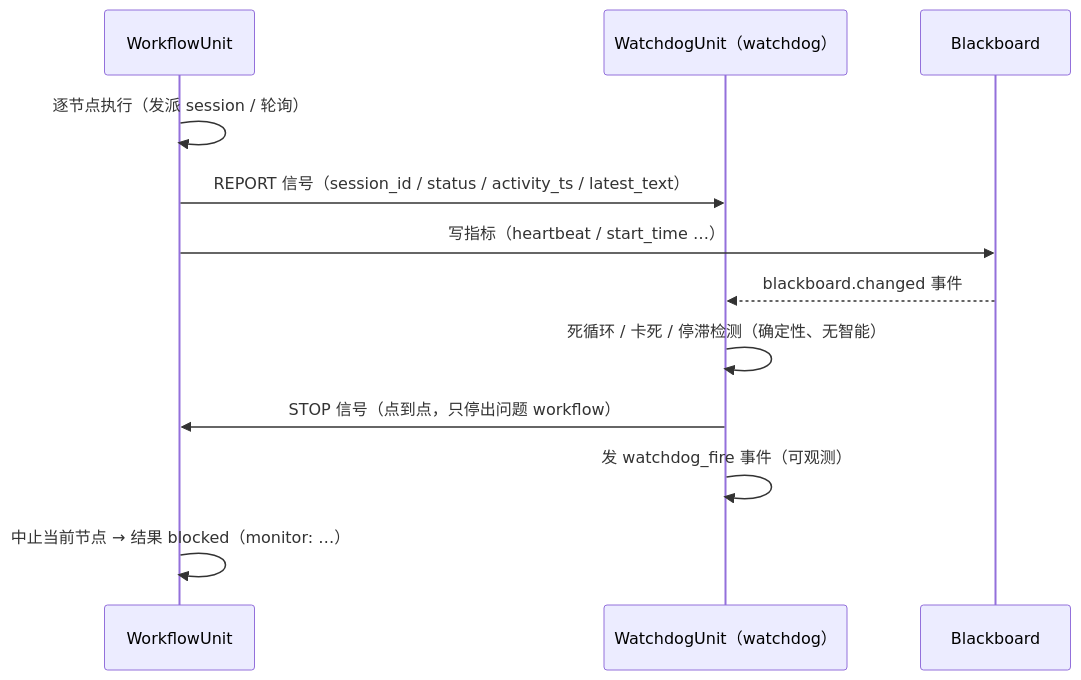
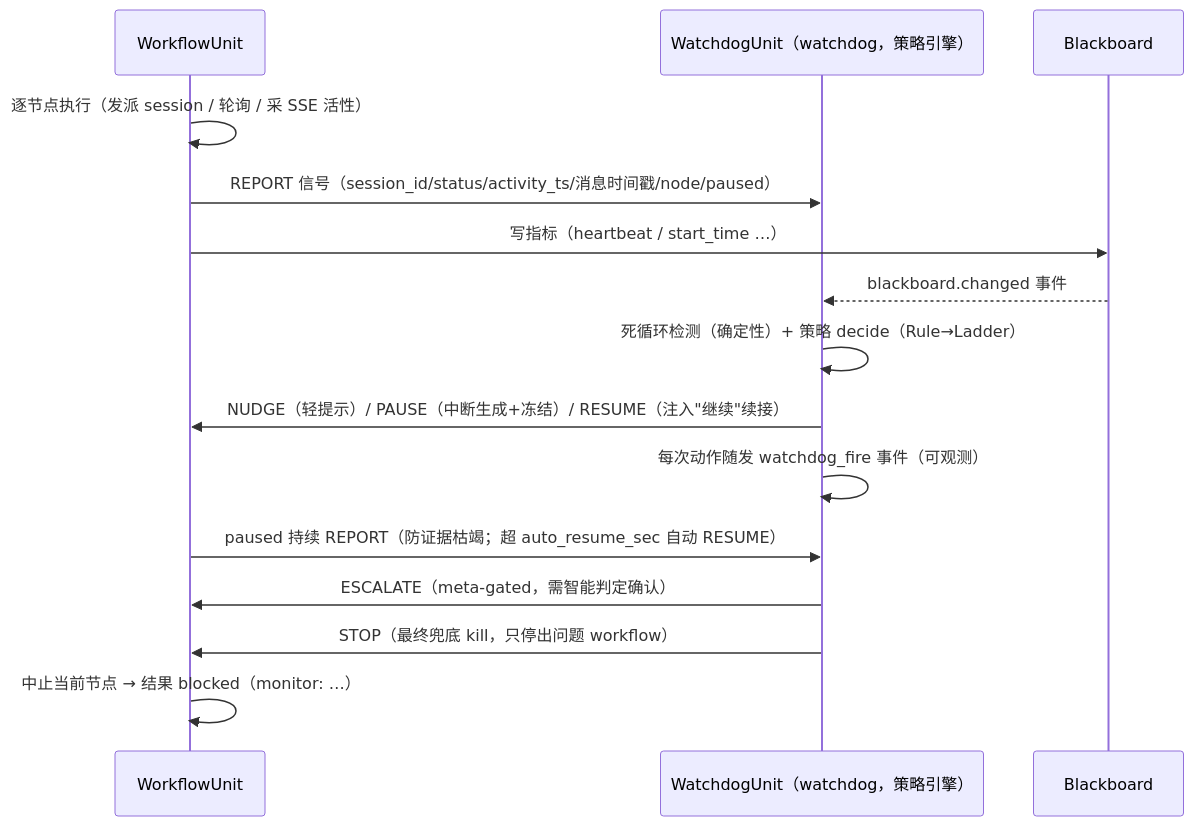
Before and after one commit to haberzero/regime-driver: the diagram in docs/architecture/02_statechart_network.md, drawn with Mermaid. The commit also changed other lines of this file and 16 other files, not shown here.

````diff
--- a/docs/architecture/02_statechart_network.md
+++ b/docs/architecture/02_statechart_network.md
@@ -238,15 +238,18 @@
 ```mermaid
 sequenceDiagram
     participant 工作流 as WorkflowUnit
-    participant 看门狗 as WatchdogUnit（watchdog）
+    participant 看门狗 as WatchdogUnit（watchdog，策略引擎）
     participant 黑板 as Blackboard
 
-    工作流->>工作流: 逐节点执行（发派 session / 轮询）
-    工作流->>看门狗: REPORT 信号（session_id / status / activity_ts / latest_text）
+    工作流->>工作流: 逐节点执行（发派 session / 轮询 / 采 SSE 活性）
+    工作流->>看门狗: REPORT 信号（session_id/status/activity_ts/消息时间戳/node/paused）
     工作流->>黑板: 写指标（heartbeat / start_time …）
     黑板-->>看门狗: blackboard.changed 事件
-    看门狗->>看门狗: 死循环 / 卡死 / 停滞检测（确定性、无智能）
-    看门狗->>工作流: STOP 信号（点到点，只停出问题 workflow）
-    看门狗->>看门狗: 发 watchdog_fire 事件（可观测）
+    看门狗->>看门狗: 死循环检测（确定性）+ 策略 decide（Rule→Ladder）
+    看门狗->>工作流: NUDGE（轻提示）/ PAUSE（中断生成+冻结）/ RESUME（注入"继续"续接）
+    看门狗->>看门狗: 每次动作随发 watchdog_fire 事件（可观测）
+    工作流->>看门狗: paused 持续 REPORT（防证据枯竭；超 auto_resume_sec 自动 RESUME）
+    看门狗->>工作流: ESCALATE（meta-gated，需智能判定确认）
+    看门狗->>工作流: STOP（最终兜底 kill，只停出问题 workflow）
     工作流->>工作流: 中止当前节点 → 结果 blocked（monitor: …）
 ```
````
